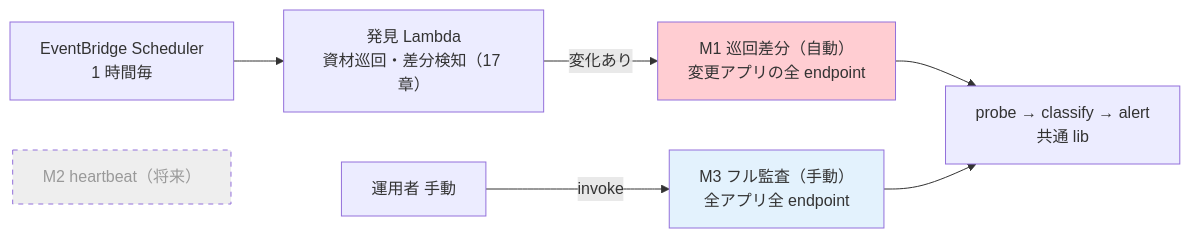
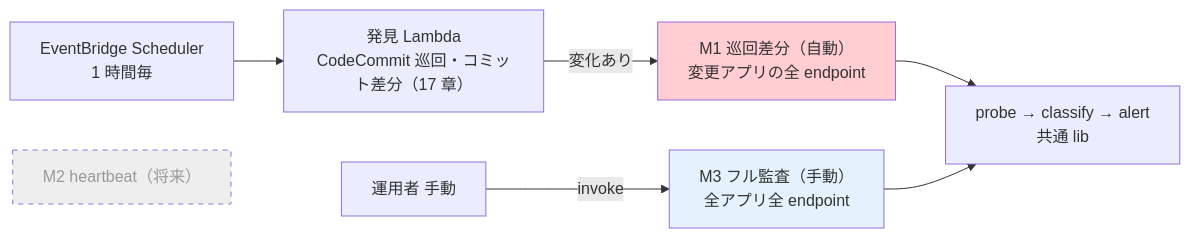
One commit to suepie/aws-atuh-poc changed the first of 2 diagrams in doc/api-platform/basic-design/18-scan-modes-and-scheduling.md. Above: the diagram before and after it, drawn with Mermaid. The commit also changed other lines of this file and 11 other files, not shown here.

````diff
--- a/doc/api-platform/basic-design/18-scan-modes-and-scheduling.md
+++ b/doc/api-platform/basic-design/18-scan-modes-and-scheduling.md
@@ -30,11 +30,11 @@
 ```mermaid
 flowchart LR
-    SCH[EventBridge Scheduler<br/>1 時間毎] --> DISC[発見 Lambda<br/>資材巡回・差分検知（17 章）]
+    SCH[EventBridge Scheduler<br/>1 時間毎] --> DISC[発見 Lambda<br/>CodeCommit 巡回・コミット差分（17 章）]
     DISC -->|変化あり| M1[M1 巡回差分（自動）<br/>変更アプリの全 endpoint]
     Manual[運用者 手動] -->|invoke| M3[M3 フル監査（手動）<br/>全アプリ全 endpoint]
     M2["M2 heartbeat（将来）"]:::future
     M1 & M3 --> C[probe → classify → alert<br/>共通 lib]
     classDef future fill:#eee,stroke-dasharray:5 5,color:#999
     style M1 fill:#ffcdd2
     style M3 fill:#e3f2fd
 ```
````
